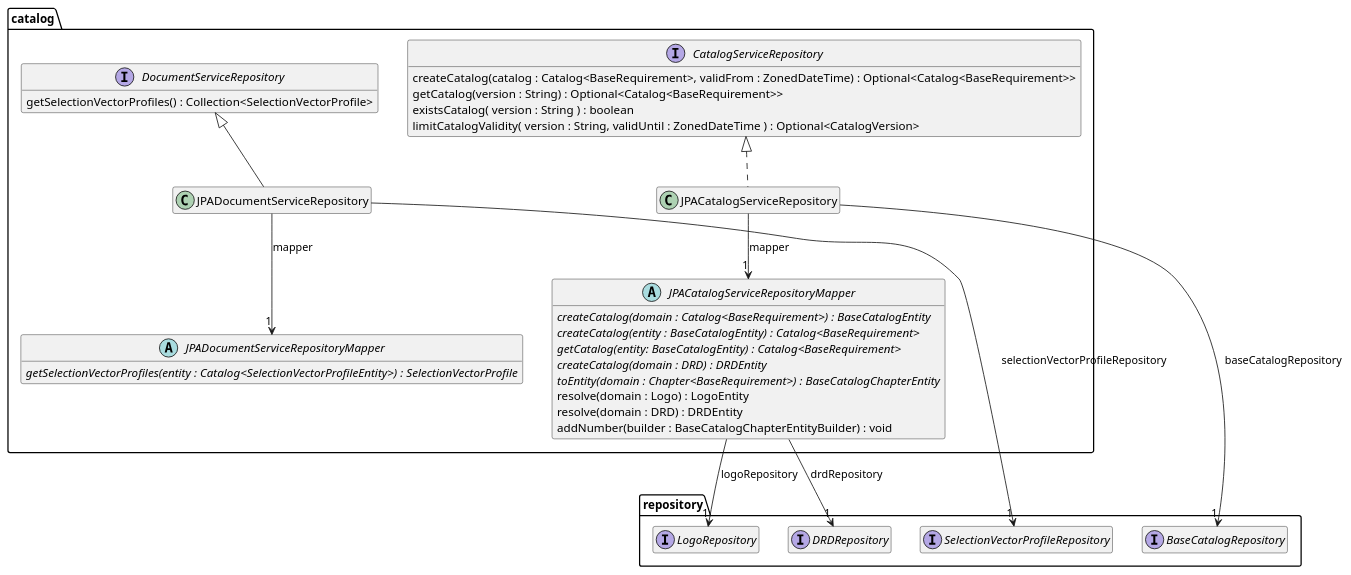
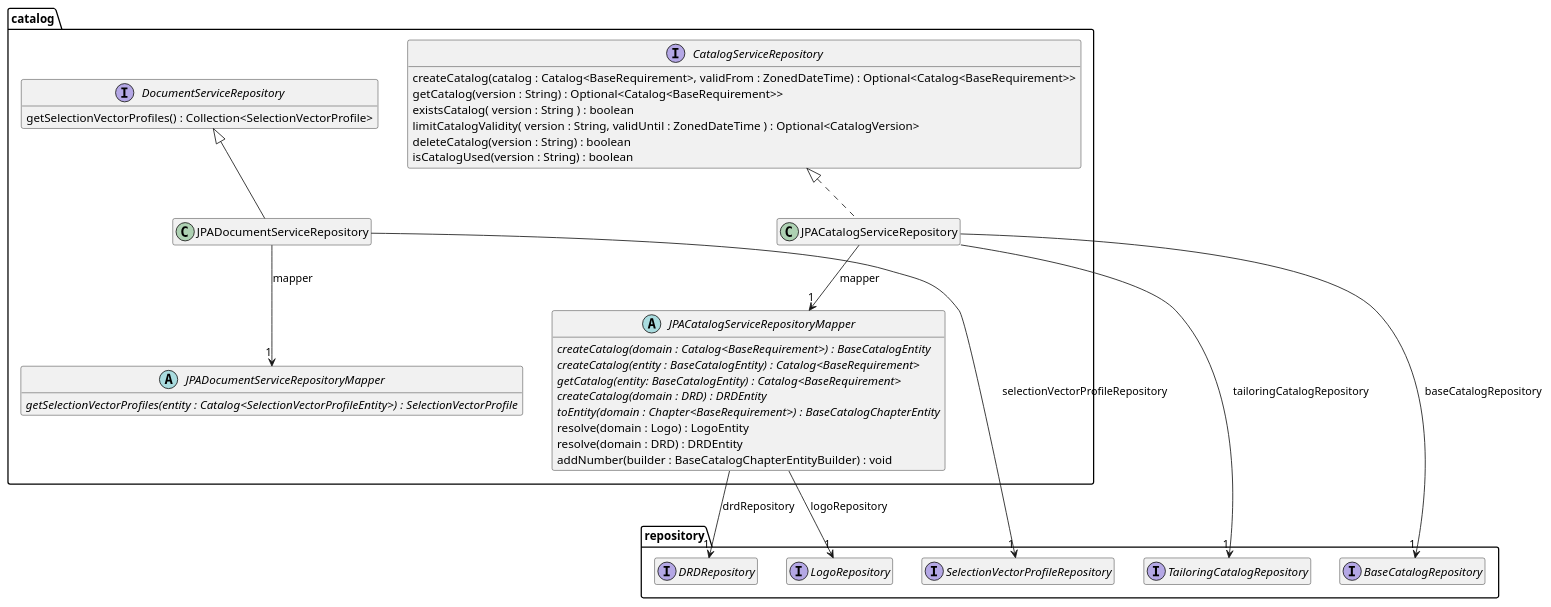
Before and after one commit to tailoringexpert/platform: the diagram in src/site/arc42/plantuml/data-jpa/catalog/Ebene3.plantuml, drawn with PlantUML. The commit also changed 21 other files, not shown here.

```diff
--- a/src/site/arc42/plantuml/data-jpa/catalog/Ebene3.plantuml
+++ b/src/site/arc42/plantuml/data-jpa/catalog/Ebene3.plantuml
@@ -1,55 +1,59 @@
 @startuml Ebene3.png
 hide empty members
 
 package repository {
     interface BaseCatalogRepository
     interface LogoRepository
     interface DRDRepository
     interface SelectionVectorProfileRepository
+    interface TailoringCatalogRepository
 
 }
 package catalog {
     interface CatalogServiceRepository {
         createCatalog(catalog : Catalog<BaseRequirement>, validFrom : ZonedDateTime) : Optional<Catalog<BaseRequirement>>
         getCatalog(version : String) : Optional<Catalog<BaseRequirement>>
         existsCatalog( version : String ) : boolean
         limitCatalogValidity( version : String, validUntil : ZonedDateTime ) : Optional<CatalogVersion>
+        deleteCatalog(version : String) : boolean
+        isCatalogUsed(version : String) : boolean
     }
 
     abstract JPACatalogServiceRepositoryMapper {
         {abstract} createCatalog(domain : Catalog<BaseRequirement>) : BaseCatalogEntity
         {abstract} createCatalog(entity : BaseCatalogEntity) : Catalog<BaseRequirement>
         {abstract} getCatalog(entity: BaseCatalogEntity) : Catalog<BaseRequirement>
         {abstract} createCatalog(domain : DRD) : DRDEntity
         {abstract} toEntity(domain : Chapter<BaseRequirement>) : BaseCatalogChapterEntity
         resolve(domain : Logo) : LogoEntity
         resolve(domain : DRD) : DRDEntity
         addNumber(builder : BaseCatalogChapterEntityBuilder) : void
 
     }
     JPACatalogServiceRepositoryMapper --> "1" LogoRepository : logoRepository
     JPACatalogServiceRepositoryMapper --> "1" DRDRepository : drdRepository
 
     class JPACatalogServiceRepository {
     }
 
     CatalogServiceRepository <|.. JPACatalogServiceRepository
     JPACatalogServiceRepository --> "1" JPACatalogServiceRepositoryMapper : mapper
     JPACatalogServiceRepository --> "1" BaseCatalogRepository : baseCatalogRepository
+    JPACatalogServiceRepository --> "1" TailoringCatalogRepository : tailoringCatalogRepository
 
     abstract JPADocumentServiceRepositoryMapper {
         {abstract} getSelectionVectorProfiles(entity : Catalog<SelectionVectorProfileEntity>) : SelectionVectorProfile
     }
 
     interface DocumentServiceRepository {
         getSelectionVectorProfiles() : Collection<SelectionVectorProfile>
     }
 
     class JPADocumentServiceRepository {
     }
     DocumentServiceRepository <|-- JPADocumentServiceRepository
     JPADocumentServiceRepository --> "1" JPADocumentServiceRepositoryMapper : mapper
     JPADocumentServiceRepository --> "1" SelectionVectorProfileRepository : selectionVectorProfileRepository
 }
 
 @enduml
```
